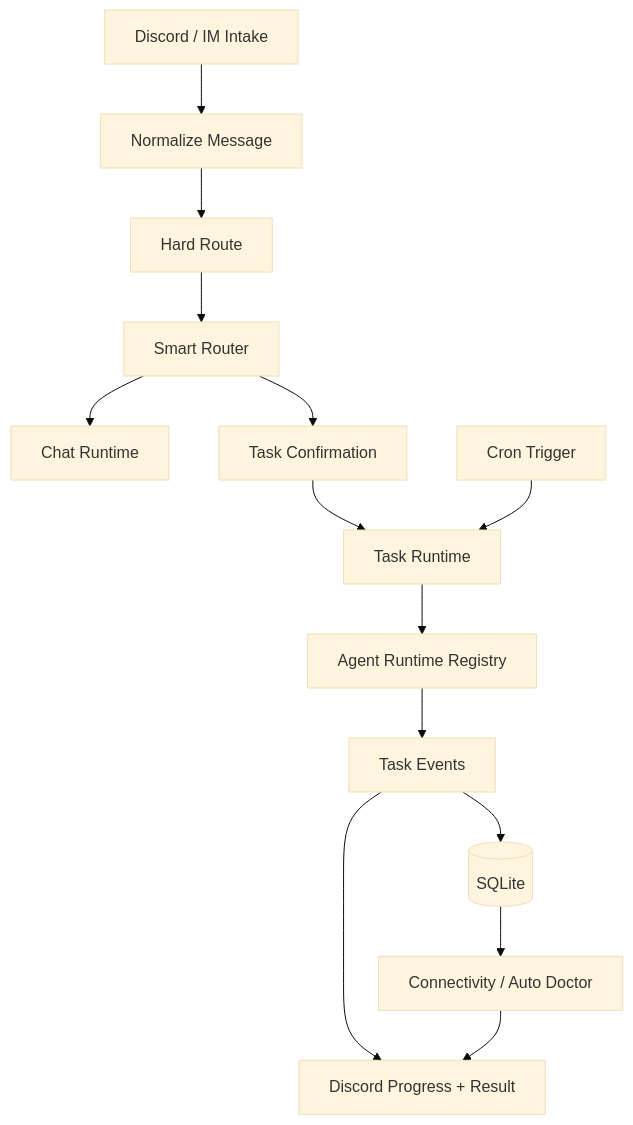
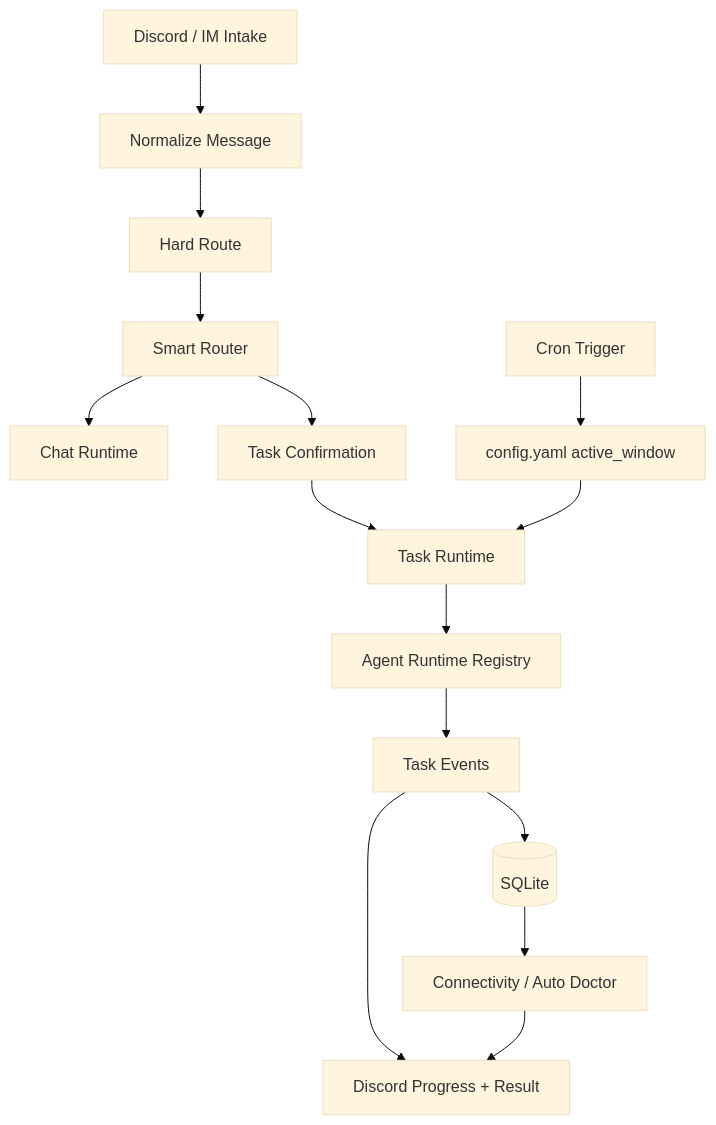
The first of 2 diagrams in website/en/capabilities/runtime.md (yuanyunfan/miniclaw), drawn with Mermaid (base theme) before and after one commit. The commit also changed other lines of this file and 19 other files, not shown here.

Commit message:
feat: add cron active window guard

````diff
--- a/website/en/capabilities/runtime.md
+++ b/website/en/capabilities/runtime.md
@@ -16,16 +16,17 @@
 ```mermaid
 flowchart TD
   Intake[Discord / IM Intake] --> Normalize[Normalize Message]
   Normalize --> HardRoute[Hard Route]
   HardRoute --> Decide[Smart Router]
   Decide --> Chat[Chat Runtime]
   Decide --> Confirm[Task Confirmation]
   Confirm --> Task[Task Runtime]
-  Cron[Cron Trigger] --> Task
+  Cron[Cron Trigger] --> ActiveWindow[config.yaml active_window]
+  ActiveWindow --> Task
   Task --> Agent[Agent Runtime Registry]
   Agent --> Events[Task Events]
   Events --> Store[(SQLite)]
   Events --> Delivery[Discord Progress + Result]
   Store --> Recovery[Connectivity / Auto Doctor]
   Recovery --> Delivery
 ```
````
